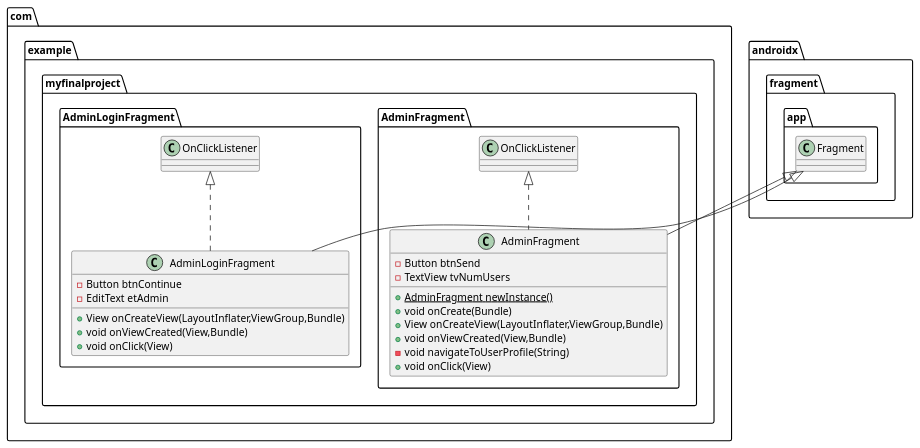
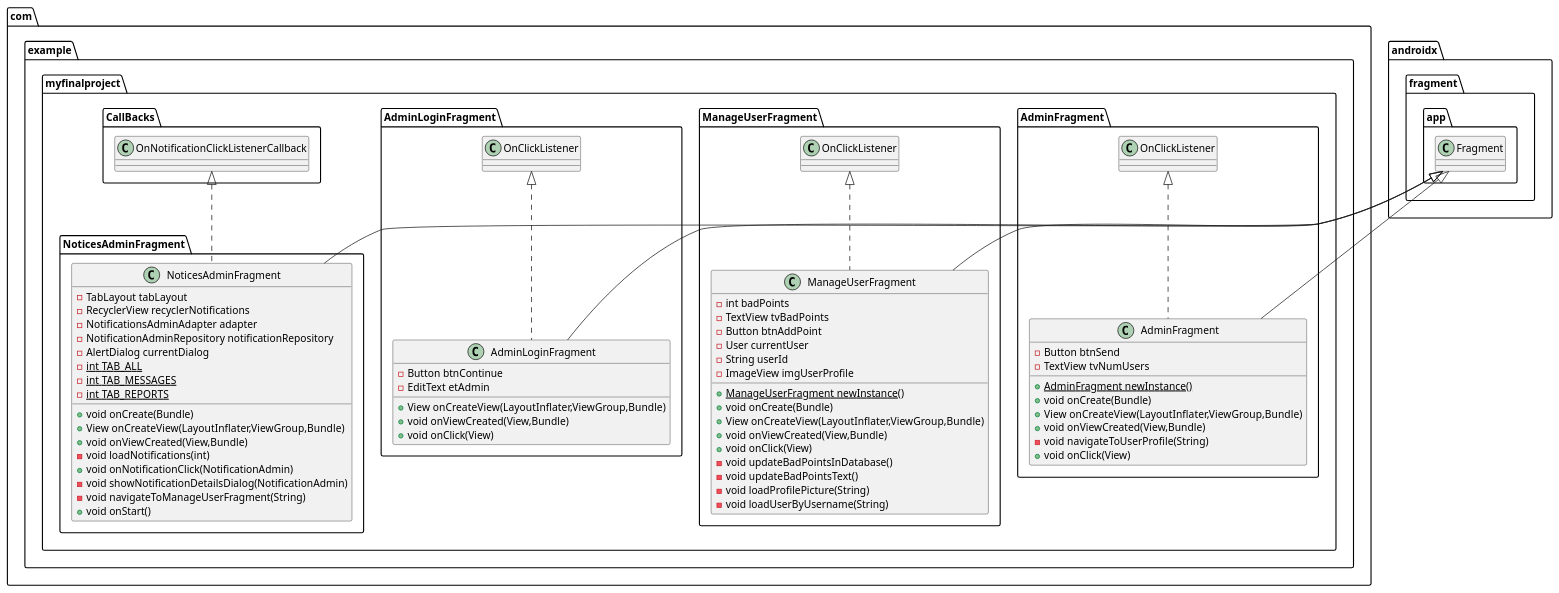
The diagram in ADMIN.puml (HilaLevy0409/myFinalProject), drawn with PlantUML before and after one commit. The commit also changed 65 other files, not shown here.

```diff
--- a/ADMIN.puml
+++ b/ADMIN.puml
@@ -1,29 +1,72 @@
 @startuml
 class com.example.myfinalproject.AdminFragment.AdminFragment {
 - Button btnSend
 - TextView tvNumUsers
 + {static} AdminFragment newInstance()
 + void onCreate(Bundle)
 + View onCreateView(LayoutInflater,ViewGroup,Bundle)
 + void onViewCreated(View,Bundle)
 - void navigateToUserProfile(String)
 + void onClick(View)
 }
 
 
+class com.example.myfinalproject.ManageUserFragment.ManageUserFragment {
+- int badPoints
+- TextView tvBadPoints
+- Button btnAddPoint
+- User currentUser
+- String userId
+- ImageView imgUserProfile
++ {static} ManageUserFragment newInstance()
++ void onCreate(Bundle)
++ View onCreateView(LayoutInflater,ViewGroup,Bundle)
++ void onViewCreated(View,Bundle)
++ void onClick(View)
+- void updateBadPointsInDatabase()
+- void updateBadPointsText()
+- void loadProfilePicture(String)
+- void loadUserByUsername(String)
+}
+
+
 class com.example.myfinalproject.AdminLoginFragment.AdminLoginFragment {
 - Button btnContinue
 - EditText etAdmin
 + View onCreateView(LayoutInflater,ViewGroup,Bundle)
 + void onViewCreated(View,Bundle)
 + void onClick(View)
 }
 
 
+class com.example.myfinalproject.NoticesAdminFragment.NoticesAdminFragment {
+- TabLayout tabLayout
+- RecyclerView recyclerNotifications
+- NotificationsAdminAdapter adapter
+- NotificationAdminRepository notificationRepository
+- AlertDialog currentDialog
+- {static} int TAB_ALL
+- {static} int TAB_MESSAGES
+- {static} int TAB_REPORTS
++ void onCreate(Bundle)
++ View onCreateView(LayoutInflater,ViewGroup,Bundle)
++ void onViewCreated(View,Bundle)
+- void loadNotifications(int)
++ void onNotificationClick(NotificationAdmin)
+- void showNotificationDetailsDialog(NotificationAdmin)
+- void navigateToManageUserFragment(String)
++ void onStart()
+}
+
+
 
 
 com.example.myfinalproject.AdminFragment.OnClickListener <|.. com.example.myfinalproject.AdminFragment.AdminFragment
 androidx.fragment.app.Fragment <|-- com.example.myfinalproject.AdminFragment.AdminFragment
+com.example.myfinalproject.ManageUserFragment.OnClickListener <|.. com.example.myfinalproject.ManageUserFragment.ManageUserFragment
+androidx.fragment.app.Fragment <|-- com.example.myfinalproject.ManageUserFragment.ManageUserFragment
 com.example.myfinalproject.AdminLoginFragment.OnClickListener <|.. com.example.myfinalproject.AdminLoginFragment.AdminLoginFragment
 androidx.fragment.app.Fragment <|-- com.example.myfinalproject.AdminLoginFragment.AdminLoginFragment
+com.example.myfinalproject.CallBacks.OnNotificationClickListenerCallback <|.. com.example.myfinalproject.NoticesAdminFragment.NoticesAdminFragment
+androidx.fragment.app.Fragment <|-- com.example.myfinalproject.NoticesAdminFragment.NoticesAdminFragment
 @enduml
```
